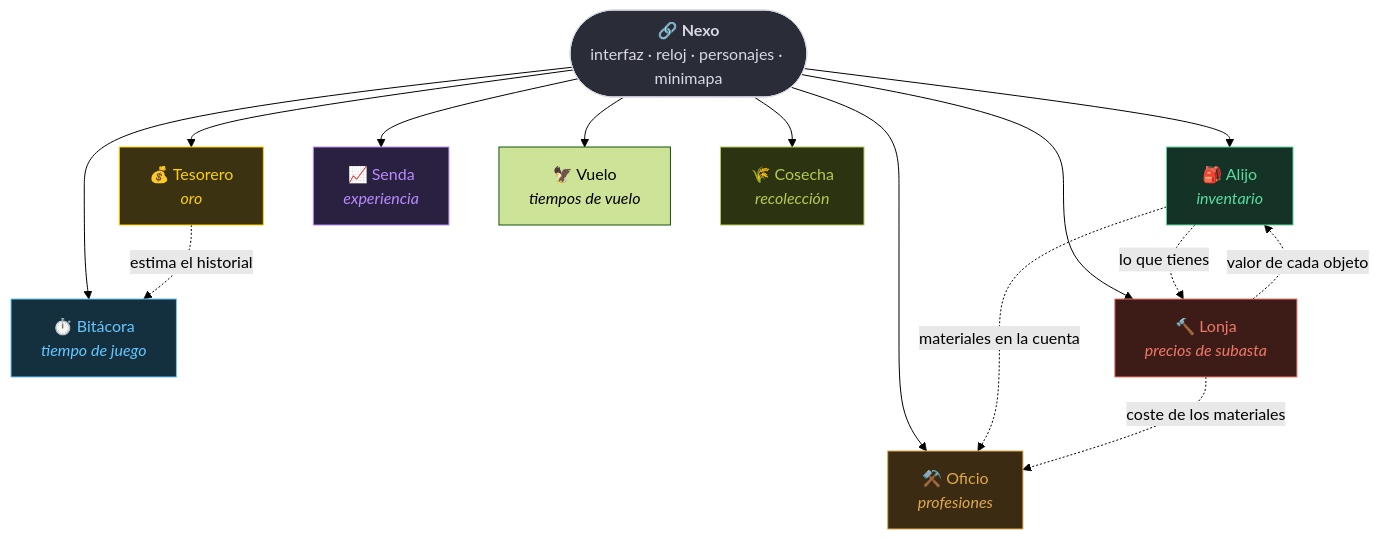
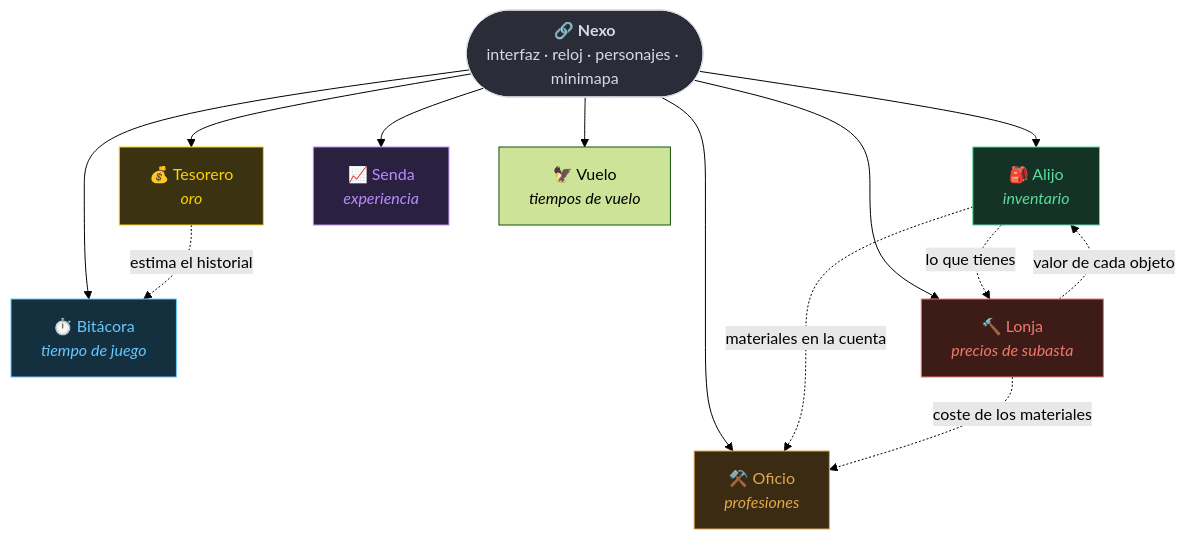
One commit to marmol89/nexo changed the diagram in README.md. Above: the diagram before and after it, drawn with Mermaid (forest theme). The commit also changed other lines of this file and 7 other files, not shown here.

````diff
--- a/README.md
+++ b/README.md
@@ -42,26 +41,24 @@
 ```mermaid
 flowchart TD
     N(["🔗 <b>Nexo</b><br>interfaz · reloj · personajes · minimapa"])
     N --> T["💰 Tesorero<br><i>oro</i>"]
     N --> B["⏱️ Bitácora<br><i>tiempo de juego</i>"]
     N --> A["🎒 Alijo<br><i>inventario</i>"]
     N --> S["📈 Senda<br><i>experiencia</i>"]
     N --> O["⚒️ Oficio<br><i>profesiones</i>"]
     N --> L["🔨 Lonja<br><i>precios de subasta</i>"]
     N --> V["🦅 Vuelo<br><i>tiempos de vuelo</i>"]
-    N --> G["🌾 Cosecha<br><i>recolección</i>"]
     T -. "estima el historial" .-> B
     A -. "materiales en la cuenta" .-> O
     A -. "lo que tienes" .-> L
     L -. "coste de los materiales" .-> O
     L -. "valor de cada objeto" .-> A
 
     style N fill:#2a2c38,stroke:#d9d9e6,color:#d9d9e6
     style T fill:#3a3210,stroke:#ffd100,color:#ffd100
     style B fill:#14303f,stroke:#66c7ff,color:#66c7ff
     style A fill:#143326,stroke:#5cdb9e,color:#5cdb9e
     style S fill:#2a2040,stroke:#b88cff,color:#b88cff
     style O fill:#3a2b12,stroke:#e0a84c,color:#e0a84c
     style L fill:#3d1c18,stroke:#f0786a,color:#f0786a
-    style G fill:#2b3310,stroke:#b3cc57,color:#b3cc57
 ```
````
